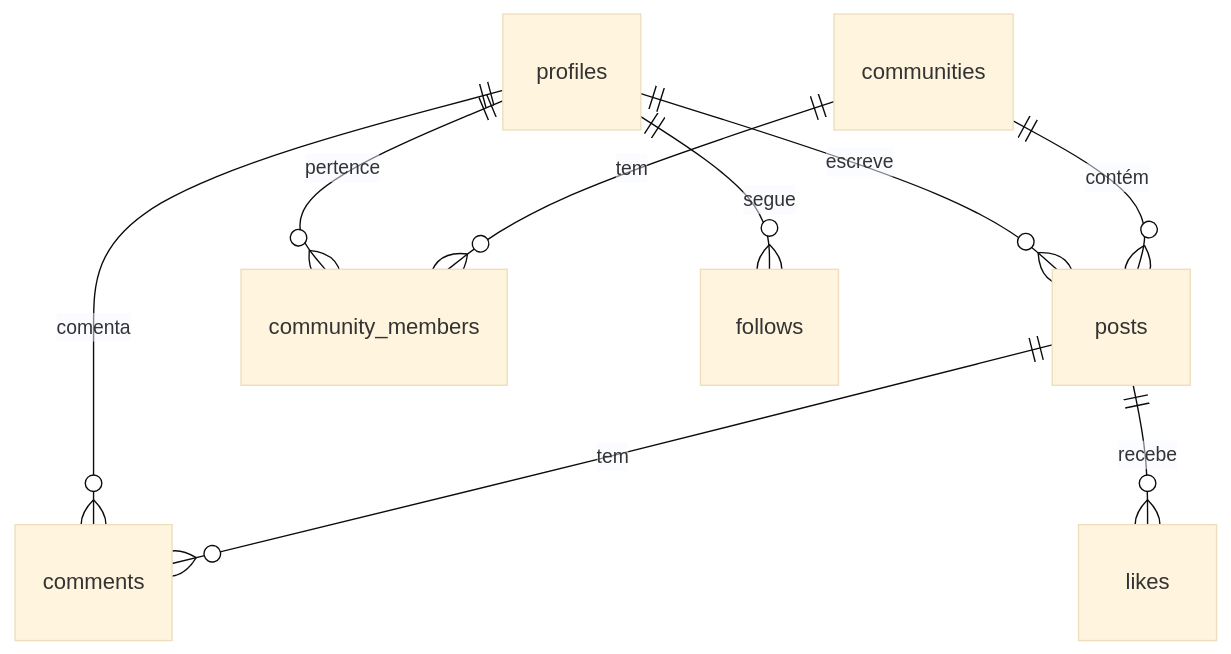
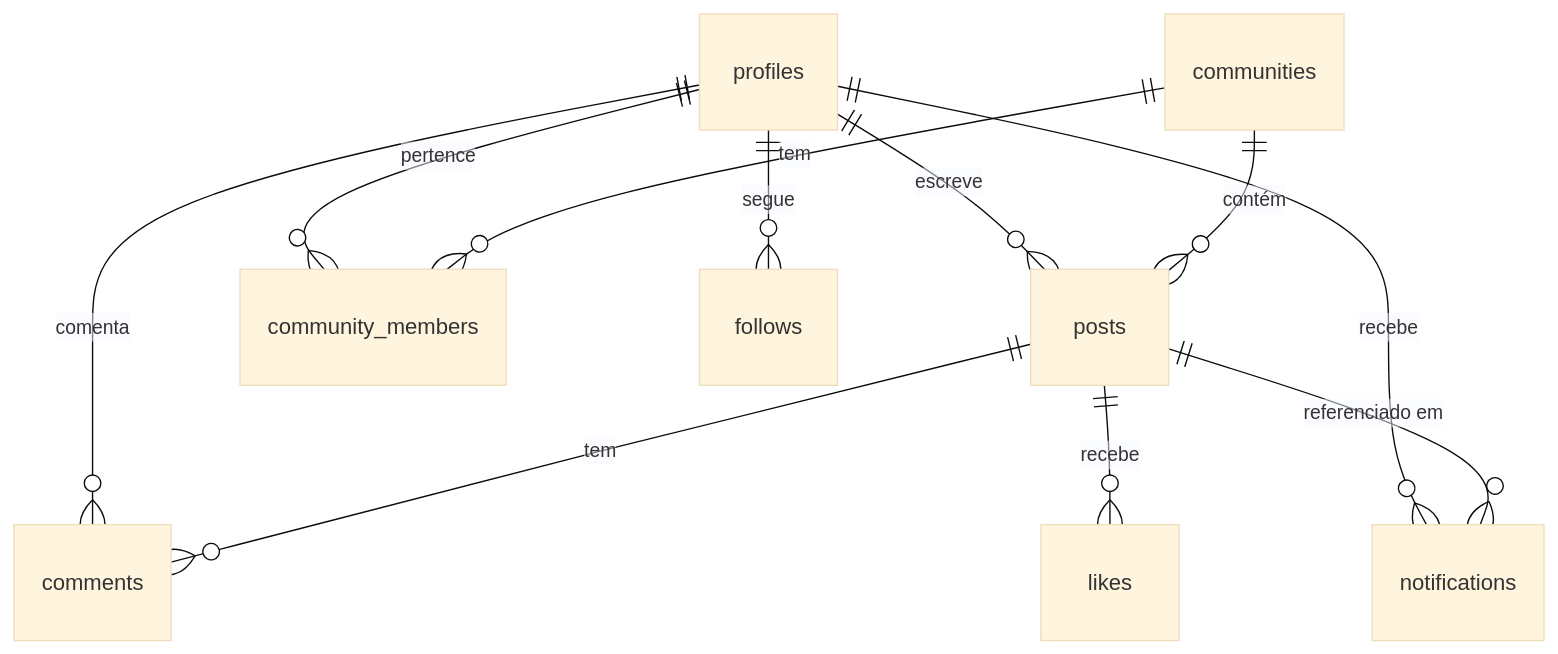
One commit to Fernand0-Vianna/Lilas changed the diagram in Docs/database.md. Above: the diagram before and after it, drawn with Mermaid (base theme). The commit also changed other lines of this file and 8 other files, not shown here.

````diff
--- a/Docs/database.md
+++ b/Docs/database.md
@@ -156,11 +173,13 @@
 ```mermaid
 erDiagram
   profiles ||--o{ posts : "escreve"
   profiles ||--o{ comments : "comenta"
   profiles ||--o{ community_members : "pertence"
   profiles ||--o{ follows : "segue"
+  profiles ||--o{ notifications : "recebe"
   communities ||--o{ posts : "contém"
   communities ||--o{ community_members : "tem"
   posts ||--o{ comments : "tem"
   posts ||--o{ likes : "recebe"
+  posts ||--o{ notifications : "referenciado em"
 ```
````
